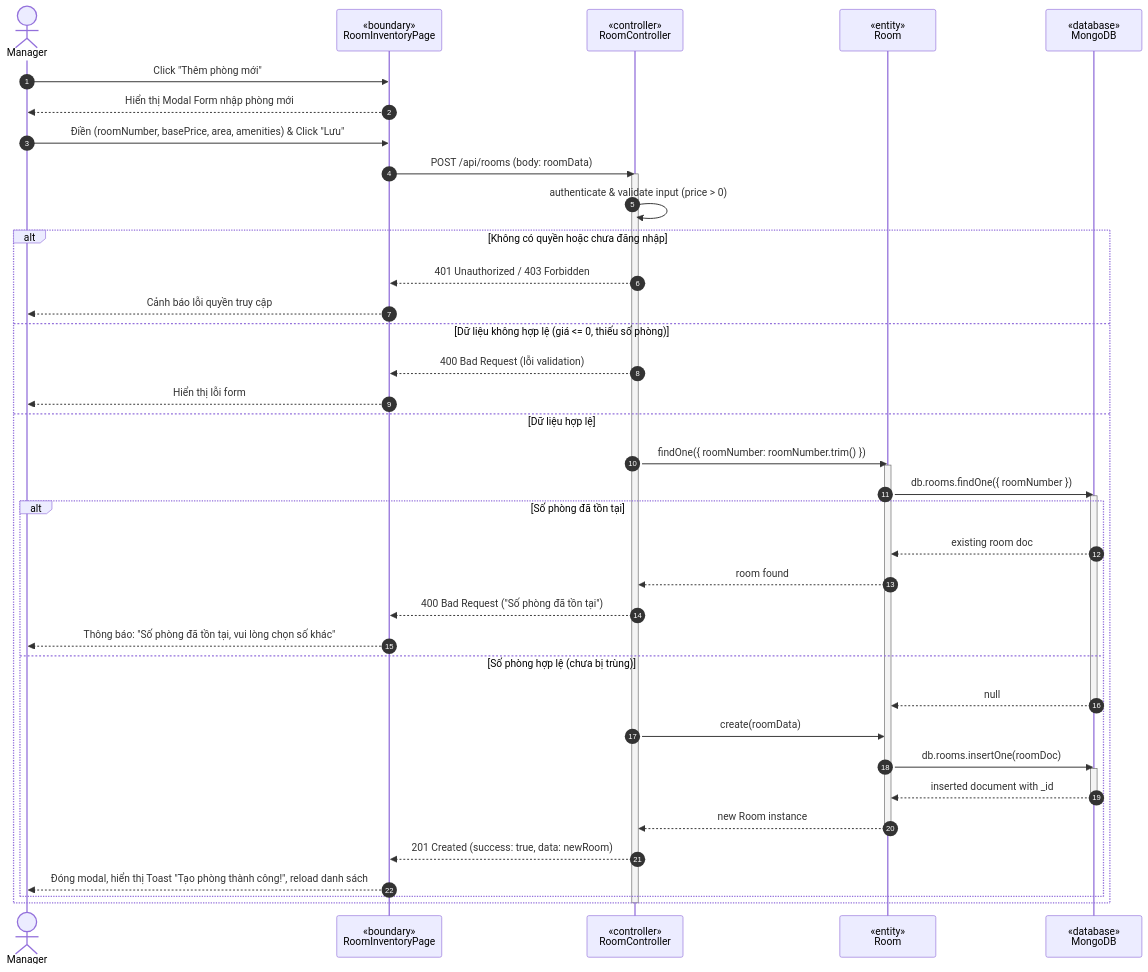
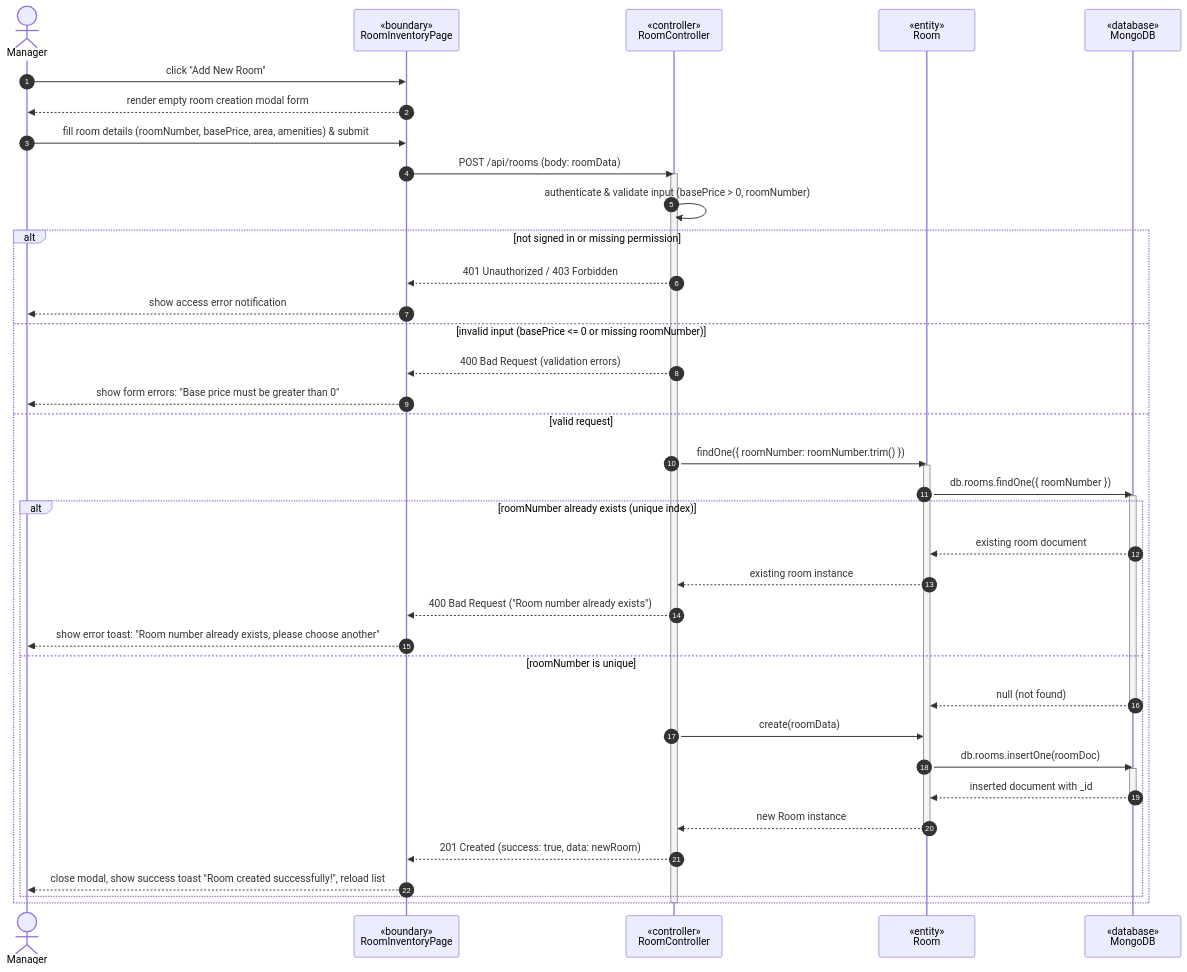
One commit to WanFJava/MotalManagementSystems changed the second of 6 diagrams in docs/UML_ROOM_MODULE_QUANG.md. Above: the diagram before and after it, drawn with Mermaid. The commit also changed other lines of this file and 5 other files, not shown here.

Commit message:
docs(uml): translate all Class and Sequence Diagrams to 100% English

````diff
--- a/docs/UML_ROOM_MODULE_QUANG.md
+++ b/docs/UML_ROOM_MODULE_QUANG.md
@@ -145,47 +152,47 @@
 ```mermaid
 sequenceDiagram
     autonumber
     actor M as Manager
     participant UI as «boundary»<br>RoomInventoryPage
     participant C as «controller»<br>RoomController
     participant R as «entity»<br>Room
     participant DB as «database»<br>MongoDB
 
-    M->>UI: Click "Thêm phòng mới"
-    UI-->>M: Hiển thị Modal Form nhập phòng mới
-    M->>UI: Điền (roomNumber, basePrice, area, amenities) & Click "Lưu"
+    M->>UI: click "Add New Room"
+    UI-->>M: render empty room creation modal form
+    M->>UI: fill room details (roomNumber, basePrice, area, amenities) & submit
     UI->>C: POST /api/rooms (body: roomData)
     activate C
-    C->>C: authenticate & validate input (price > 0)
-    alt Không có quyền hoặc chưa đăng nhập
+    C->>C: authenticate & validate input (basePrice > 0, roomNumber)
+    alt not signed in or missing permission
         C-->>UI: 401 Unauthorized / 403 Forbidden
-        UI-->>M: Cảnh báo lỗi quyền truy cập
-    else Dữ liệu không hợp lệ (giá <= 0, thiếu số phòng)
-        C-->>UI: 400 Bad Request (lỗi validation)
-        UI-->>M: Hiển thị lỗi form
-    else Dữ liệu hợp lệ
+        UI-->>M: show access error notification
+    else invalid input (basePrice <= 0 or missing roomNumber)
+        C-->>UI: 400 Bad Request (validation errors)
+        UI-->>M: show form errors: "Base price must be greater than 0"
+    else valid request
         C->>R: findOne({ roomNumber: roomNumber.trim() })
         activate R
         R->>DB: db.rooms.findOne({ roomNumber })
         activate DB
-        alt Số phòng đã tồn tại
-            DB-->>R: existing room doc
-            R-->>C: room found
-            C-->>UI: 400 Bad Request ("Số phòng đã tồn tại")
-            UI-->>M: Thông báo: "Số phòng đã tồn tại, vui lòng chọn số khác"
-        else Số phòng hợp lệ (chưa bị trùng)
-            DB-->>R: null
+        alt roomNumber already exists (unique index)
+            DB-->>R: existing room document
+            R-->>C: existing room instance
+            C-->>UI: 400 Bad Request ("Room number already exists")
+            UI-->>M: show error toast: "Room number already exists, please choose another"
+        else roomNumber is unique
+            DB-->>R: null (not found)
             deactivate DB
             C->>R: create(roomData)
             R->>DB: db.rooms.insertOne(roomDoc)
             activate DB
             DB-->>R: inserted document with _id
             deactivate DB
             R-->>C: new Room instance
             deactivate R
             C-->>UI: 201 Created (success: true, data: newRoom)
-            UI-->>M: Đóng modal, hiển thị Toast "Tạo phòng thành công!", reload danh sách
+            UI-->>M: close modal, show success toast "Room created successfully!", reload list
         end
     end
     deactivate C
 ```
````
